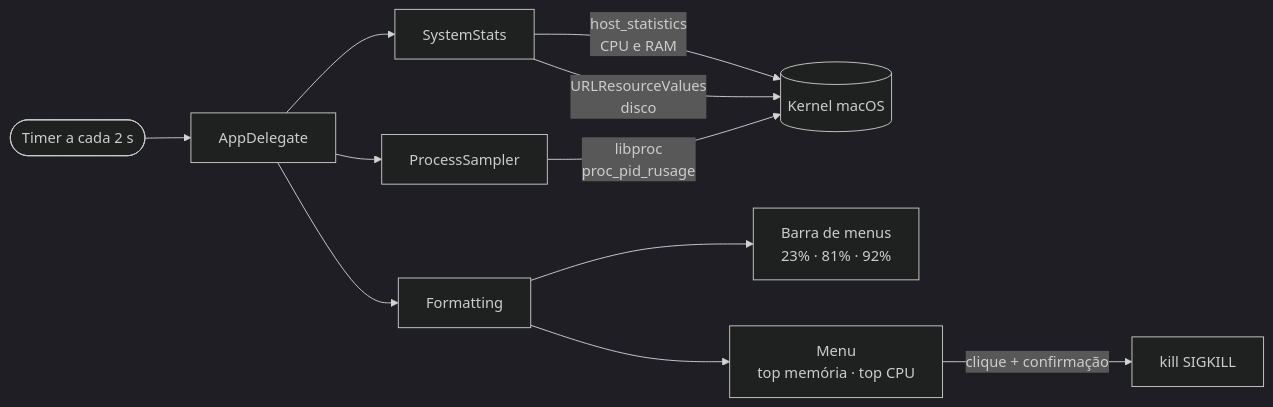
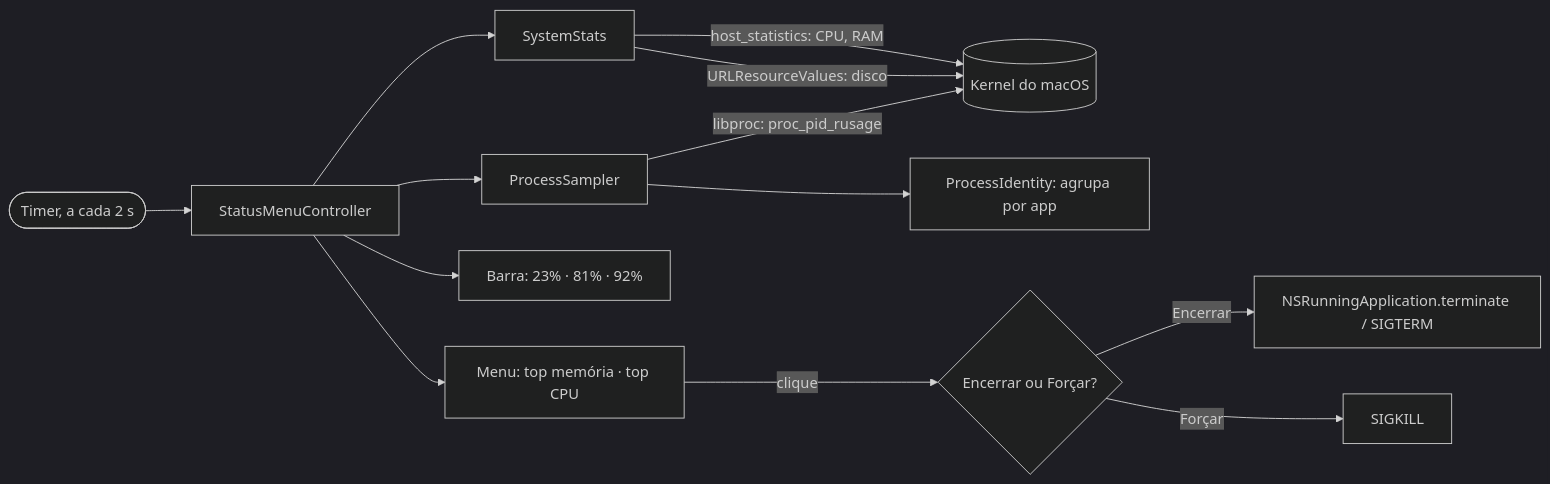
One commit to xfelipealves/SystemMonitor changed the diagram in README.pt-BR.md. Above: the diagram before and after it, drawn with Mermaid (dark theme). The commit also changed other lines of this file and 31 other files, not shown here.

````diff
--- a/README.pt-BR.md
+++ b/README.pt-BR.md
@@ -52,13 +103,15 @@
 ```mermaid
 flowchart LR
-    T(["Timer a cada 2 s"]) --> A[AppDelegate]
-    A --> S[SystemStats]
-    A --> P[ProcessSampler]
-    S -- "host_statistics<br>CPU e RAM" --> K[(Kernel macOS)]
-    S -- "URLResourceValues<br>disco" --> K
-    P -- "libproc<br>proc_pid_rusage" --> K
-    A --> F[Formatting]
-    F --> B["Barra de menus<br>23% · 81% · 92%"]
-    F --> M["Menu<br>top memória · top CPU"]
-    M -- "clique + confirmação" --> X["kill SIGKILL"]
+    T(["Timer, a cada 2 s"]) --> C[StatusMenuController]
+    C --> S[SystemStats]
+    C --> P[ProcessSampler]
+    S -- "host_statistics: CPU, RAM" --> K[(Kernel do macOS)]
+    S -- "URLResourceValues: disco" --> K
+    P -- "libproc: proc_pid_rusage" --> K
+    P --> I["ProcessIdentity: agrupa por app"]
+    C --> B["Barra: 23% · 81% · 92%"]
+    C --> M["Menu: top memória · top CPU"]
+    M -- "clique" --> A{"Encerrar ou Forçar?"}
+    A -- "Encerrar" --> Q["NSRunningApplication.terminate / SIGTERM"]
+    A -- "Forçar" --> X["SIGKILL"]
 ```
````
